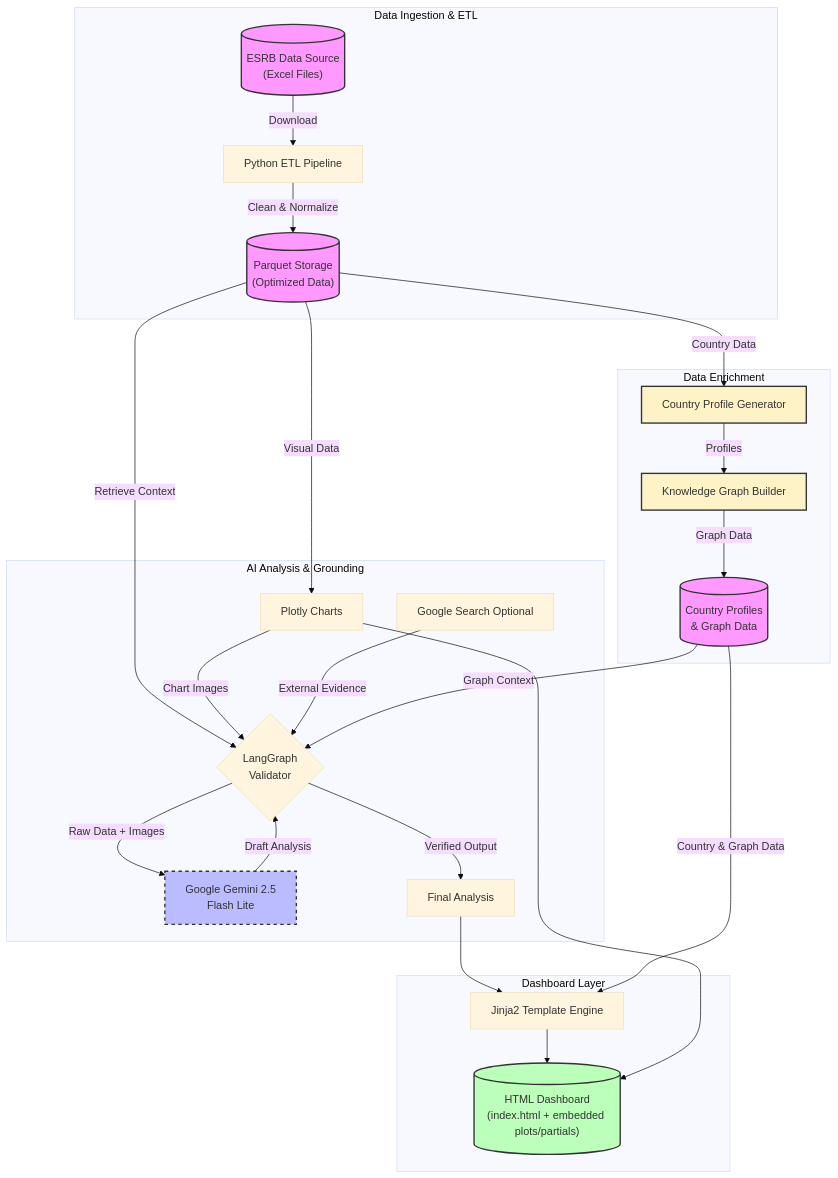
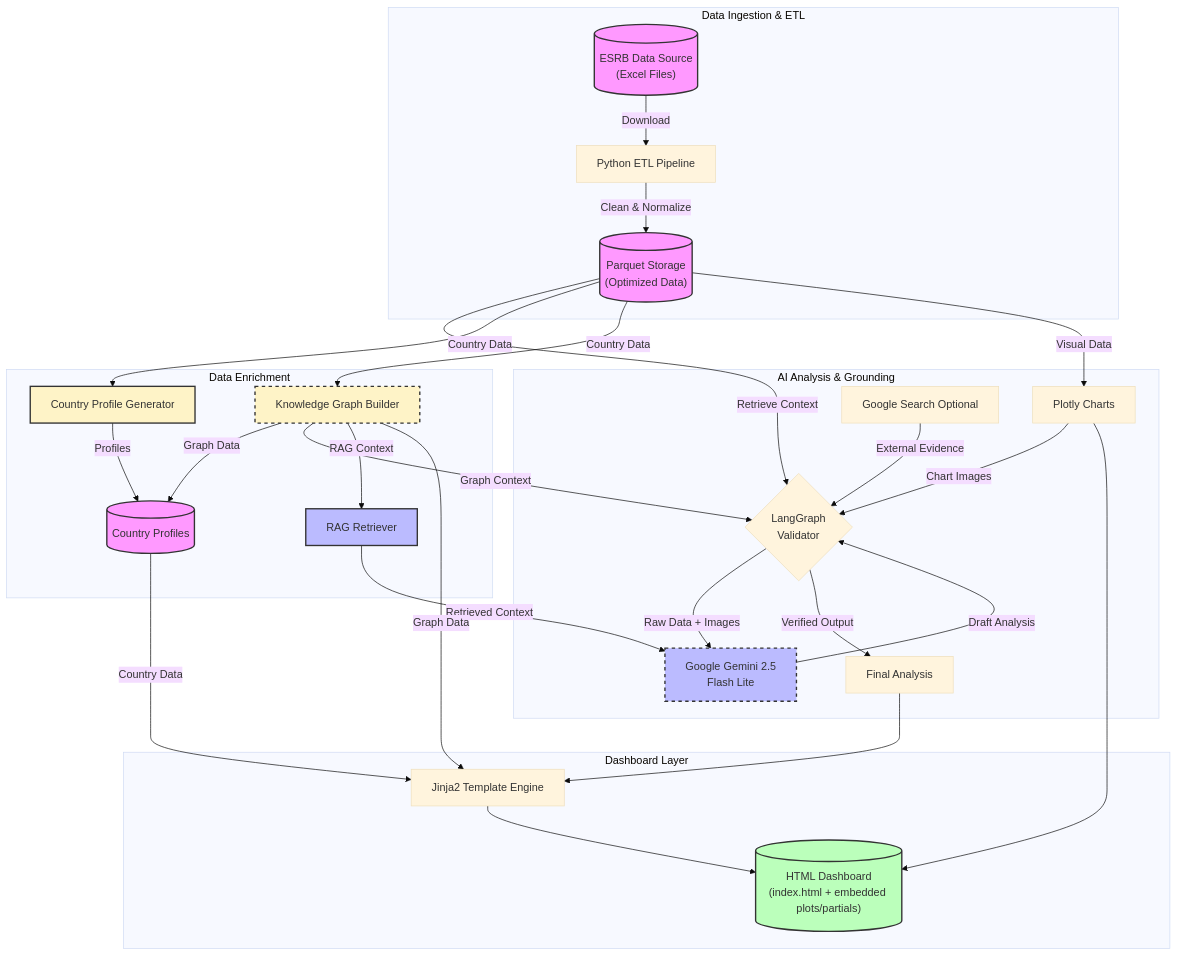
The diagram in README.md (palicza2/Macroprudential-policy-hub), drawn with Mermaid (base theme) before and after one commit. The commit also changed 7 other files, not shown here.

First line of the commit message:
Refactor Knowledge Graph to central position and integrate RAG retriever

````diff
--- a/README.md
+++ b/README.md
@@ -76,38 +76,43 @@
 ```mermaid
 graph TD
     subgraph Data_Ingestion ["Data Ingestion & ETL"]
         A[("ESRB Data Source<br/>(Excel Files)")] -->|Download| B[Python ETL Pipeline]
         B -->|Clean & Normalize| C[("Parquet Storage<br/>(Optimized Data)")]
     end
 
     subgraph AI_Core ["AI Analysis & Grounding"]
         C -->|Retrieve Context| D{LangGraph<br/>Validator}
         H -->|Chart Images| D
         J[Google Search Optional] -->|External Evidence| D
         D -->|Raw Data + Images| E[Google Gemini 2.5<br/>Flash Lite]
         E -->|Draft Analysis| D
         D -->|Verified Output| F[Final Analysis]
     end
 
     subgraph Data_Enrichment ["Data Enrichment"]
         C -->|Country Data| K[Country Profile Generator]
-        K -->|Profiles| L[Knowledge Graph Builder]
-        L -->|Graph Data| M[("Country Profiles<br/>& Graph Data")]
-        M -->|Graph Context| D
+        C -->|Country Data| L[Knowledge Graph Builder]
+        K -->|Profiles| M[("Country Profiles")]
+        L -->|Graph Data| M
+        L -->|Graph Context| D
+        L -->|RAG Context| N[RAG Retriever]
+        N -->|Retrieved Context| E
     end
 
     subgraph Presentation ["Dashboard Layer"]
         F --> G[Jinja2 Template Engine]
         C -->|Visual Data| H[Plotly Charts]
-        M -->|Country & Graph Data| G
+        M -->|Country Data| G
+        L -->|Graph Data| G
         G & H --> I[("HTML Dashboard<br/>(index.html + embedded plots/partials)")]
     end
 
     style A fill:#f9f,stroke:#333,stroke-width:2px
     style C fill:#f9f,stroke:#333,stroke-width:2px
     style E fill:#bbf,stroke:#333,stroke-width:2px,stroke-dasharray: 5 5
     style K fill:#fef3c7,stroke:#333,stroke-width:2px
-    style L fill:#fef3c7,stroke:#333,stroke-width:2px
+    style L fill:#fef3c7,stroke:#333,stroke-width:2px,stroke-dasharray: 5 5
     style M fill:#f9f,stroke:#333,stroke-width:2px
+    style N fill:#bbf,stroke:#333,stroke-width:2px
     style I fill:#bfb,stroke:#333,stroke-width:2px
 ```
````
